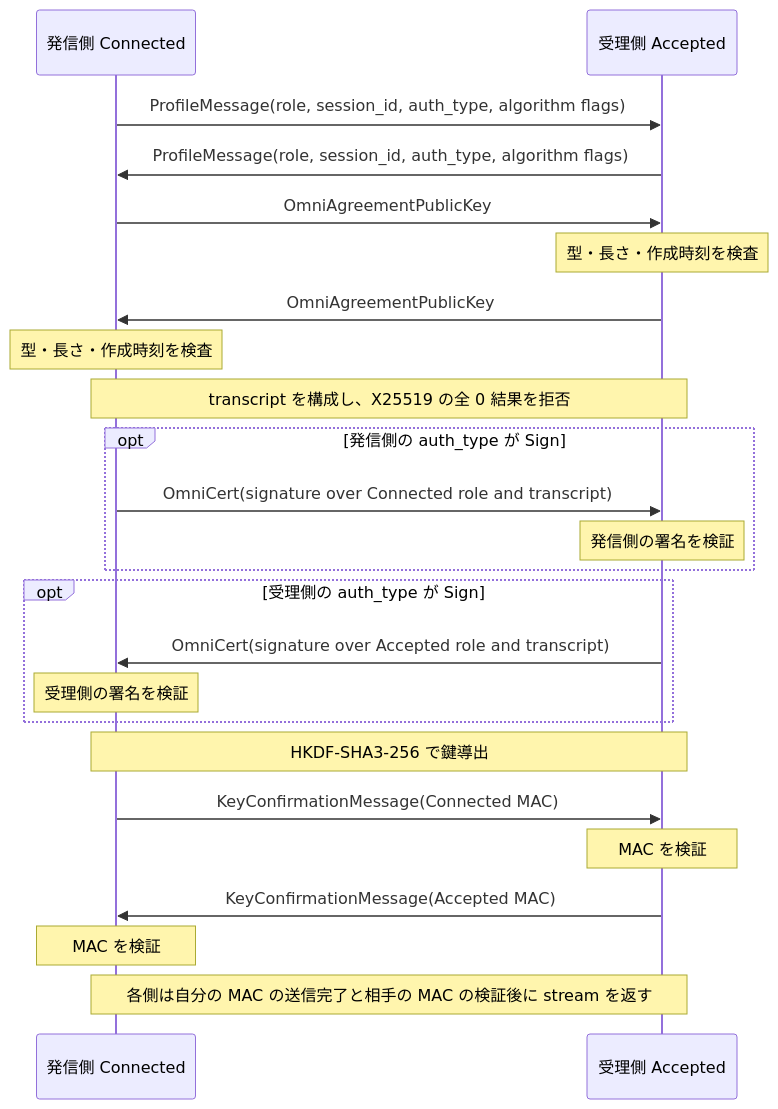
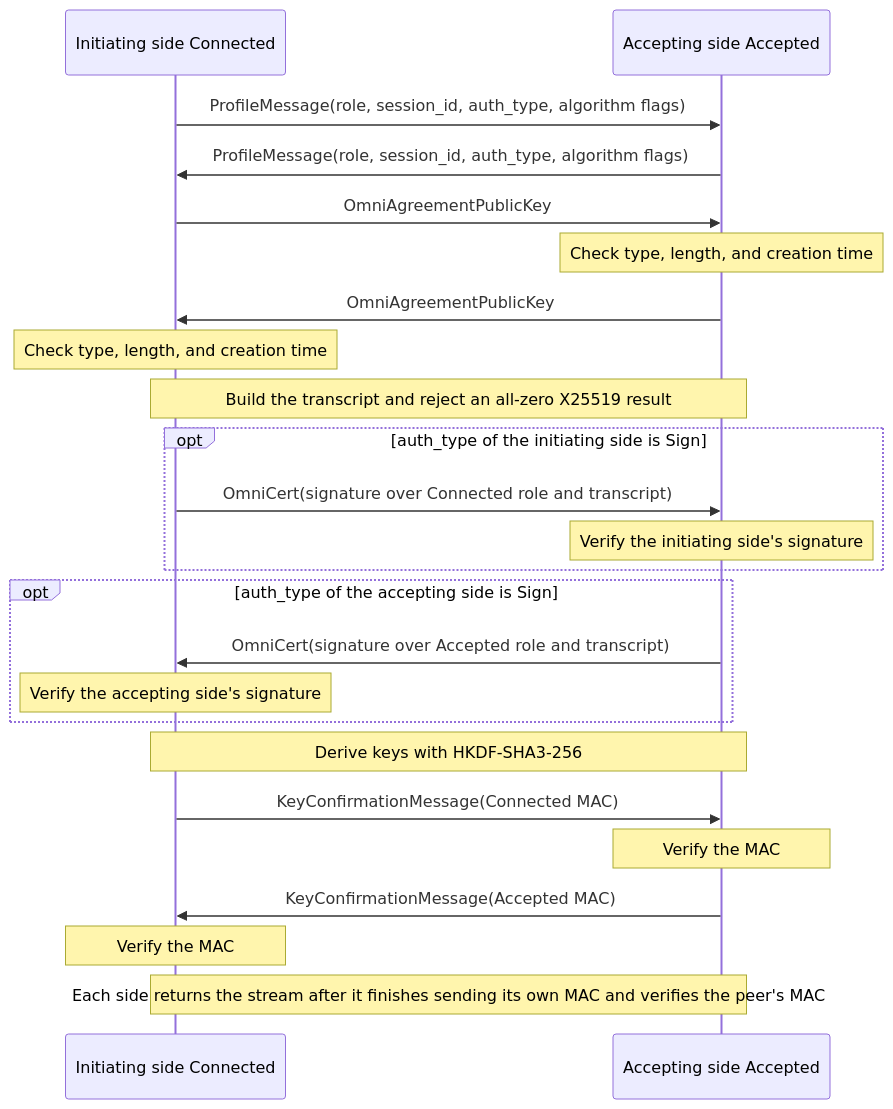
The third of 3 diagrams in docs/DESIGN.md (omnius-labs/core-rs), drawn with Mermaid before and after one commit. The commit also changed other lines of this file and 3 other files, not shown here.

````diff
--- a/docs/DESIGN.md
+++ b/docs/DESIGN.md
@@ -228,26 +228,26 @@
 ```mermaid
 sequenceDiagram
-    participant C as 発信側 Connected
-    participant A as 受理側 Accepted
+    participant C as Initiating side Connected
+    participant A as Accepting side Accepted
     C->>A: ProfileMessage(role, session_id, auth_type, algorithm flags)
     A->>C: ProfileMessage(role, session_id, auth_type, algorithm flags)
     C->>A: OmniAgreementPublicKey
-    Note over A: 型・長さ・作成時刻を検査
+    Note over A: Check type, length, and creation time
     A->>C: OmniAgreementPublicKey
-    Note over C: 型・長さ・作成時刻を検査
-    Note over C,A: transcript を構成し、X25519 の全 0 結果を拒否
-    opt 発信側の auth_type が Sign
+    Note over C: Check type, length, and creation time
+    Note over C,A: Build the transcript and reject an all-zero X25519 result
+    opt auth_type of the initiating side is Sign
         C->>A: OmniCert(signature over Connected role and transcript)
-        Note over A: 発信側の署名を検証
+        Note over A: Verify the initiating side's signature
     end
-    opt 受理側の auth_type が Sign
+    opt auth_type of the accepting side is Sign
         A->>C: OmniCert(signature over Accepted role and transcript)
-        Note over C: 受理側の署名を検証
+        Note over C: Verify the accepting side's signature
     end
-    Note over C,A: HKDF-SHA3-256 で鍵導出
+    Note over C,A: Derive keys with HKDF-SHA3-256
     C->>A: KeyConfirmationMessage(Connected MAC)
-    Note over A: MAC を検証
+    Note over A: Verify the MAC
     A->>C: KeyConfirmationMessage(Accepted MAC)
-    Note over C: MAC を検証
-    Note over C,A: 各側は自分の MAC の送信完了と相手の MAC の検証後に stream を返す
+    Note over C: Verify the MAC
+    Note over C,A: Each side returns the stream after it finishes sending its own MAC and verifies the peer's MAC
 ```
````
